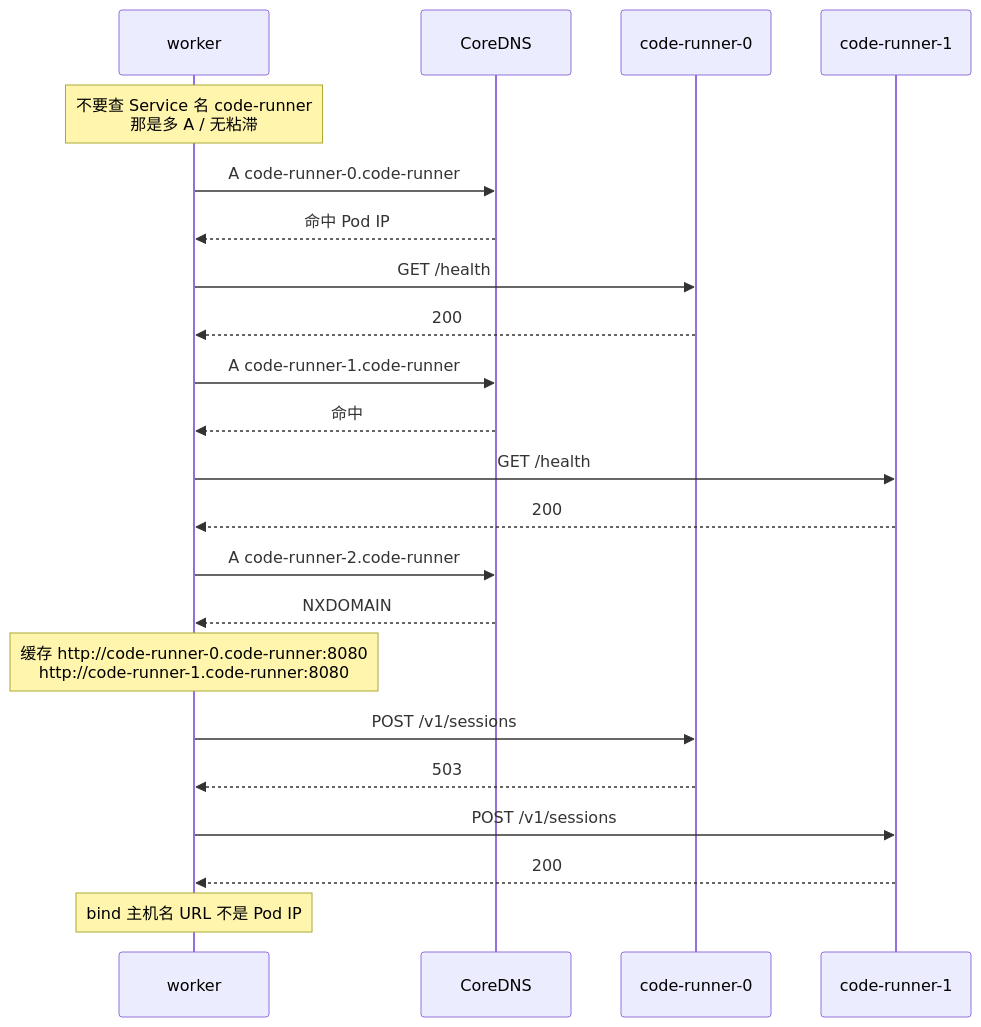
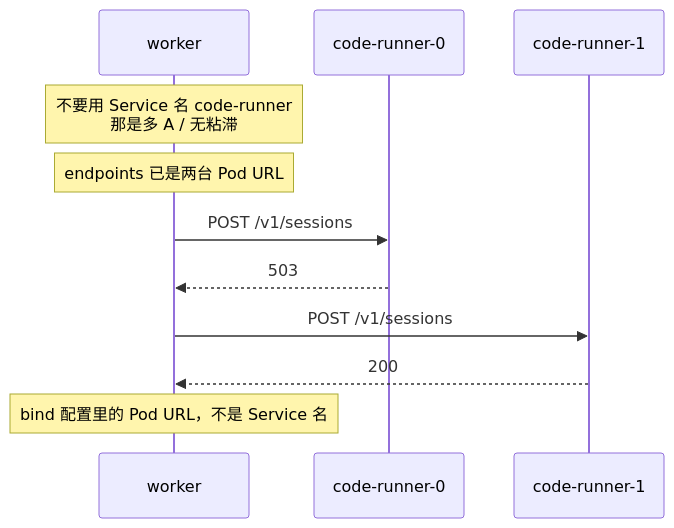
Before and after one commit to dataelement/bisheng: diagram 13 of 15 in features/v3.0.0-beta1/068-code-execution-sandbox/design.md, drawn with Mermaid. The commit also changed other lines of this file and 53 other files, not shown here.

````diff
--- a/features/v3.0.0-beta1/068-code-execution-sandbox/design.md
+++ b/features/v3.0.0-beta1/068-code-execution-sandbox/design.md
@@ -840,25 +809,14 @@
 ```mermaid
 sequenceDiagram
     participant W as worker
-    participant DNS as CoreDNS
     participant P0 as code-runner-0
     participant P1 as code-runner-1
 
-    Note over W: 不要查 Service 名 code-runner<br/>那是多 A / 无粘滞
-    W->>DNS: A code-runner-0.code-runner
-    DNS-->>W: 命中 Pod IP
-    W->>P0: GET /health
-    P0-->>W: 200
-    W->>DNS: A code-runner-1.code-runner
-    DNS-->>W: 命中
-    W->>P1: GET /health
-    P1-->>W: 200
-    W->>DNS: A code-runner-2.code-runner
-    DNS-->>W: NXDOMAIN
-    Note over W: 缓存 http://code-runner-0.code-runner:8080<br/>http://code-runner-1.code-runner:8080
+    Note over W: 不要用 Service 名 code-runner<br/>那是多 A / 无粘滞
+    Note over W: endpoints 已是两台 Pod URL
     W->>P0: POST /v1/sessions
     P0-->>W: 503
     W->>P1: POST /v1/sessions
     P1-->>W: 200
-    Note over W: bind 主机名 URL 不是 Pod IP
+    Note over W: bind 配置里的 Pod URL，不是 Service 名
 ```
````
